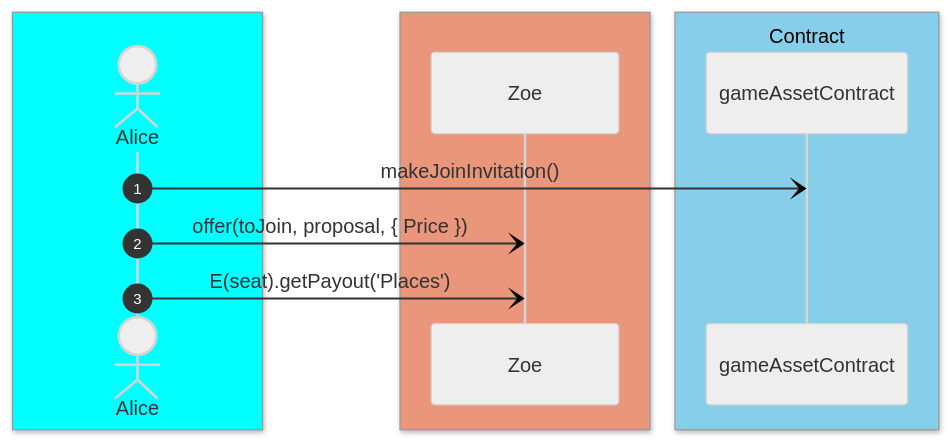
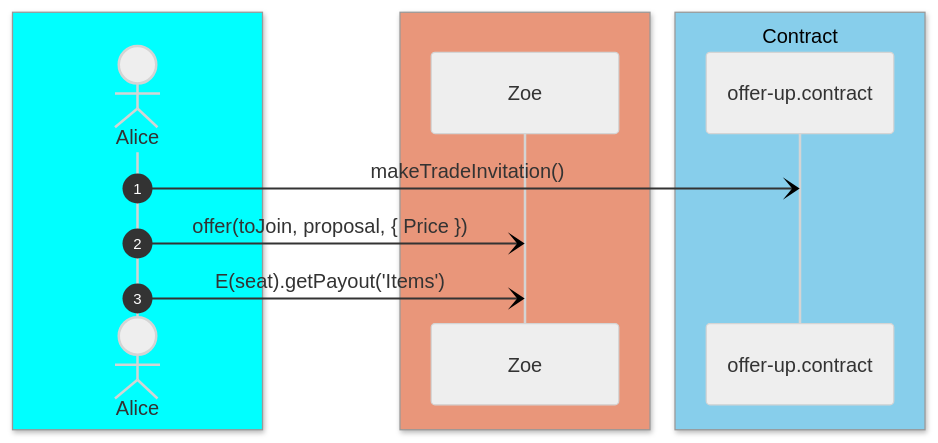
One commit to Agoric/documentation changed the diagram in main/guides/zoe/assets/trade-offer-safety-2.mmd. Above: the diagram before and after it, drawn with Mermaid (neutral theme). The commit also changed 9 other files, not shown here.

Commit message:
docs: update mermaid diagrams

```diff
--- a/main/guides/zoe/assets/trade-offer-safety-2.mmd
+++ b/main/guides/zoe/assets/trade-offer-safety-2.mmd
@@ -1,18 +1,18 @@
 sequenceDiagram
   autonumber
 
   box aqua
   actor A as Alice
   end
 
   box darksalmon
   participant Zoe
   end
 
   box skyblue Contract
-  participant C as gameAssetContract
+  participant C as offer-up.contract
   end
 
-    A-)C: makeJoinInvitation()
+    A-)C: makeTradeInvitation()
     A-)Zoe: offer(toJoin, proposal, { Price })
-    A-)Zoe: E(seat).getPayout('Places')
+    A-)Zoe: E(seat).getPayout('Items')
```
